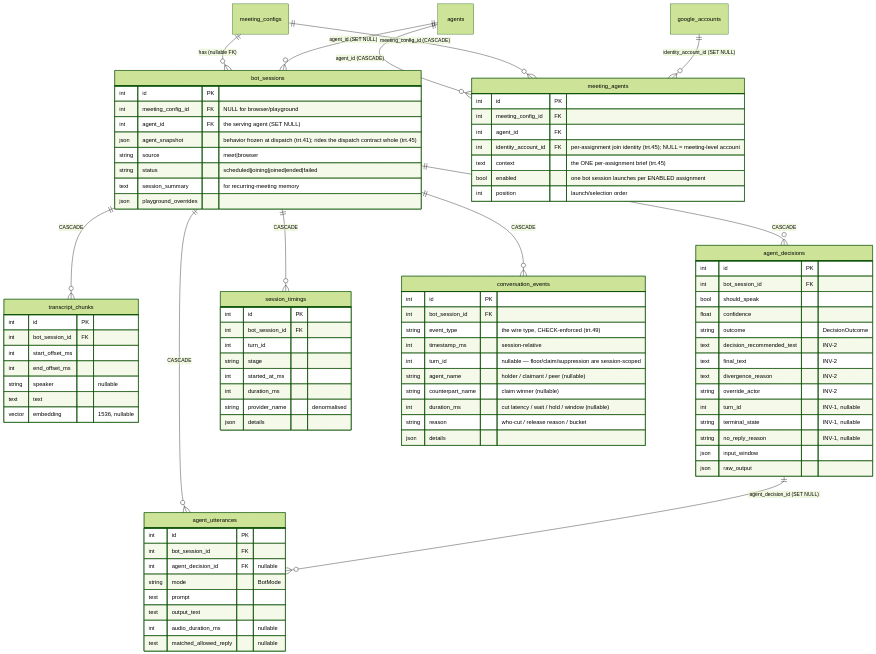
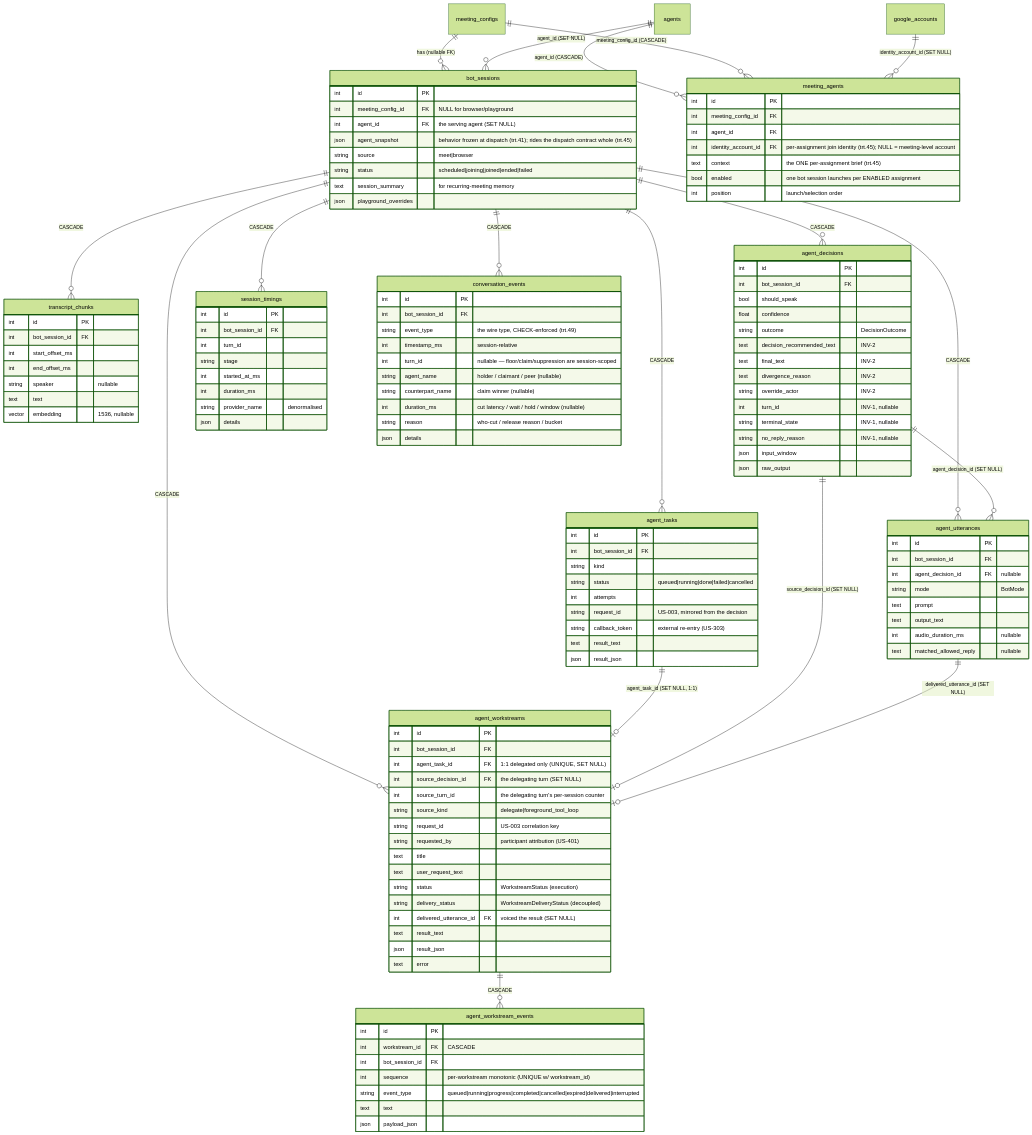
One commit to mekedron/Johnny changed the third of 3 diagrams in docs/PIPELINE.md. Above: the diagram before and after it, drawn with Mermaid (forest theme). The commit also changed other lines of this file and 6 other files, not shown here.

````diff
--- a/docs/PIPELINE.md
+++ b/docs/PIPELINE.md
@@ -647,6 +692,12 @@
     bot_sessions ||--o{ session_timings : "CASCADE"
     bot_sessions ||--o{ conversation_events : "CASCADE"
     agent_decisions ||--o{ agent_utterances : "agent_decision_id (SET NULL)"
+    bot_sessions ||--o{ agent_tasks : "CASCADE"
+    bot_sessions ||--o{ agent_workstreams : "CASCADE"
+    agent_workstreams ||--o{ agent_workstream_events : "CASCADE"
+    agent_tasks ||--o| agent_workstreams : "agent_task_id (SET NULL, 1:1)"
+    agent_decisions ||--o| agent_workstreams : "source_decision_id (SET NULL)"
+    agent_utterances ||--o| agent_workstreams : "delivered_utterance_id (SET NULL)"
     agents ||--o{ meeting_agents : "agent_id (CASCADE)"
     meeting_configs ||--o{ meeting_agents : "meeting_config_id (CASCADE)"
     google_accounts ||--o{ meeting_agents : "identity_account_id (SET NULL)"
@@ -728,4 +779,42 @@
         string reason "who-cut / release reason / bucket"
         json details
     }
+    agent_tasks {
+        int id PK
+        int bot_session_id FK
+        string kind
+        string status "queued|running|done|failed|cancelled"
+        int attempts
+        string request_id "US-003, mirrored from the decision"
+        string callback_token "external re-entry (US-303)"
+        text result_text
+        json result_json
+    }
+    agent_workstreams {
+        int id PK
+        int bot_session_id FK
+        int agent_task_id FK "1:1 delegated only (UNIQUE, SET NULL)"
+        int source_decision_id FK "the delegating turn (SET NULL)"
+        int source_turn_id "the delegating turn's per-session counter"
+        string source_kind "delegate|foreground_tool_loop"
+        string request_id "US-003 correlation key"
+        string requested_by "participant attribution (US-401)"
+        text title
+        text user_request_text
+        string status "WorkstreamStatus (execution)"
+        string delivery_status "WorkstreamDeliveryStatus (decoupled)"
+        int delivered_utterance_id FK "voiced the result (SET NULL)"
+        text result_text
+        json result_json
+        text error
+    }
+    agent_workstream_events {
+        int id PK
+        int workstream_id FK "CASCADE"
+        int bot_session_id FK
+        int sequence "per-workstream monotonic (UNIQUE w/ workstream_id)"
+        string event_type "queued|running|progress|completed|cancelled|expired|delivered|interrupted"
+        text text
+        json payload_json
+    }
 ```
````
